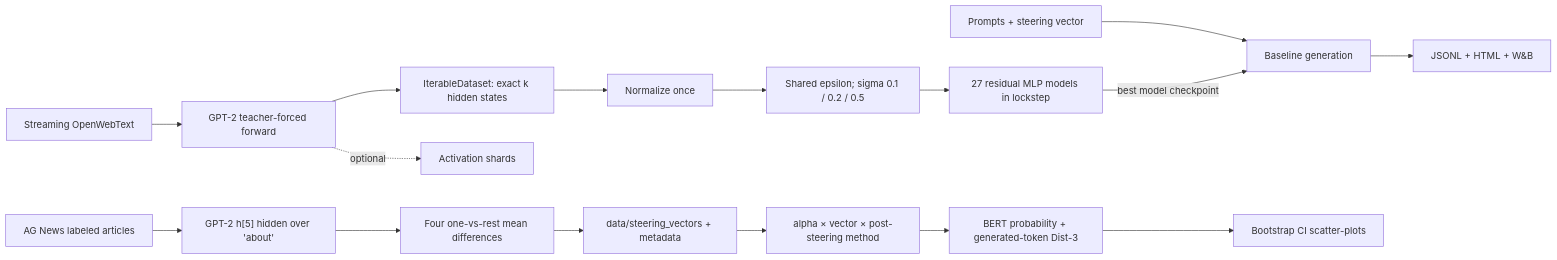
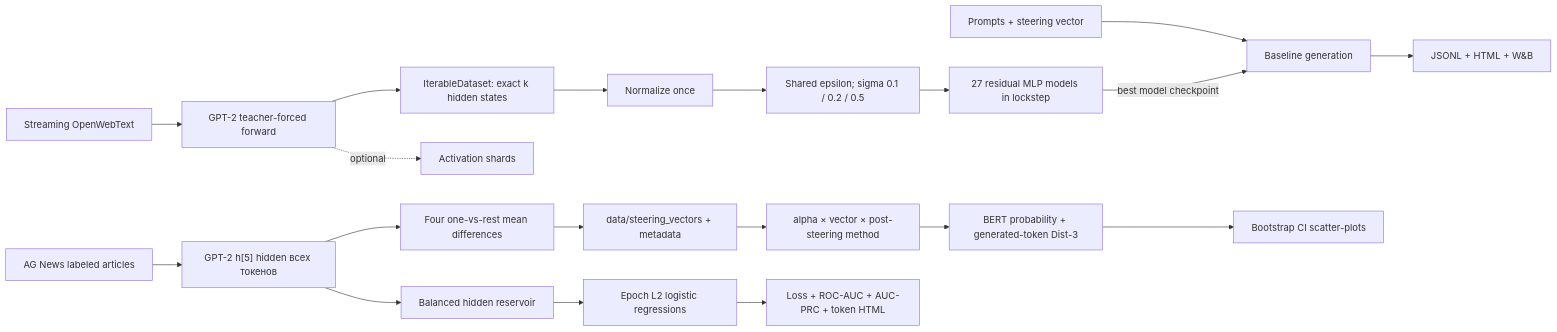
The diagram in docs/architecture.md (MichaelNotDeveloper/steering-recovery), drawn with Mermaid before and after one commit. The commit also changed other lines of this file and 21 other files, not shown here.

````diff
--- a/docs/architecture.md
+++ b/docs/architecture.md
@@ -54,18 +59,21 @@
 ```mermaid
 flowchart LR
     A["Streaming OpenWebText"] --> B["GPT-2 teacher-forced forward"]
     B --> C["IterableDataset: exact k hidden states"]
     C --> D["Normalize once"]
     D --> E["Shared epsilon; sigma 0.1 / 0.2 / 0.5"]
     E --> J["27 residual MLP models in lockstep"]
     B -. "optional" .-> I["Activation shards"]
     F["Prompts + steering vector"] --> G["Baseline generation"]
     J -->|"best model checkpoint"| G
     G --> H["JSONL + HTML + W&B"]
-    K["AG News labeled articles"] --> L["GPT-2 h[5] hidden over 'about'"]
+    K["AG News labeled articles"] --> L["GPT-2 h[5] hidden всех токенов"]
     L --> M["Four one-vs-rest mean differences"]
     M --> N["data/steering_vectors + metadata"]
     N --> O["alpha × vector × post-steering method"]
     O --> P["BERT probability + generated-token Dist-3"]
     P --> Q["Bootstrap CI scatter-plots"]
+    L --> R["Balanced hidden reservoir"]
+    R --> S["Epoch L2 logistic regressions"]
+    S --> T["Loss + ROC-AUC + AUC-PRC + token HTML"]
 ```
````
